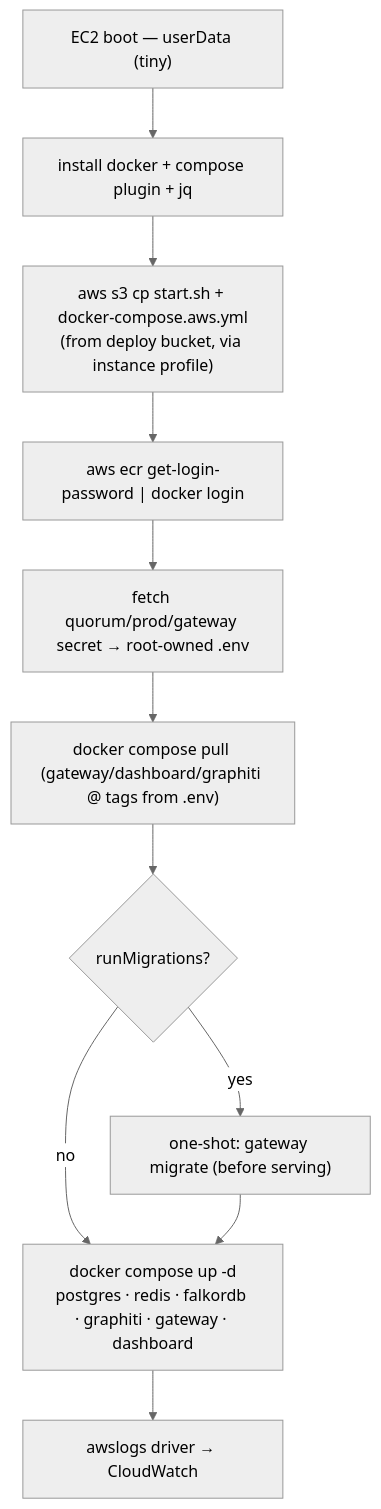
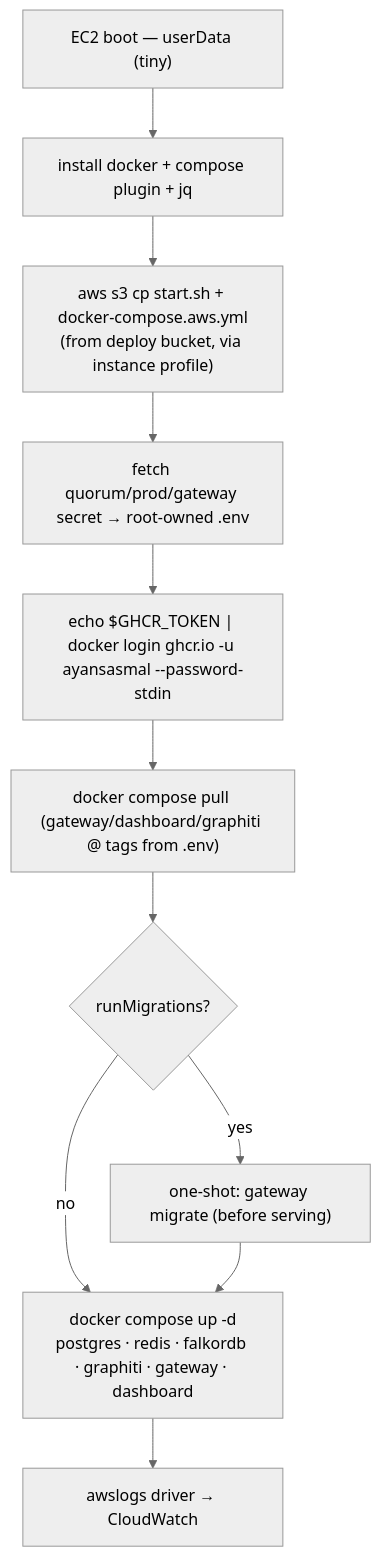
One commit to ayansasmal/quorum changed the second of 3 diagrams in docs/superpowers/specs/2026-06-11-quorum-aws-crossplane-deployment-design.md. Above: the diagram before and after it, drawn with Mermaid (neutral theme). The commit also changed other lines of this file, not shown here.

First line of the commit message:
docs(crossplane): use ghcr for image delivery instead of ecr

````diff
--- a/docs/superpowers/specs/2026-06-11-quorum-aws-crossplane-deployment-design.md
+++ b/docs/superpowers/specs/2026-06-11-quorum-aws-crossplane-deployment-design.md
@@ -250,13 +262,13 @@
 ```mermaid
 flowchart TD
     A["EC2 boot — userData (tiny)"] --> B["install docker + compose plugin + jq"]
     B --> C["aws s3 cp start.sh + docker-compose.aws.yml<br/>(from deploy bucket, via instance profile)"]
-    C --> D["aws ecr get-login-password | docker login"]
-    D --> E["fetch quorum/prod/gateway secret → root-owned .env"]
-    E --> F["docker compose pull (gateway/dashboard/graphiti @ tags from .env)"]
+    C --> E["fetch quorum/prod/gateway secret → root-owned .env"]
+    E --> D["echo $GHCR_TOKEN | docker login ghcr.io -u ayansasmal --password-stdin"]
+    D --> F["docker compose pull (gateway/dashboard/graphiti @ tags from .env)"]
     F --> G{"runMigrations?"}
     G -->|yes| H["one-shot: gateway migrate (before serving)"]
     G -->|no| I
     H --> I["docker compose up -d<br/>postgres · redis · falkordb · graphiti · gateway · dashboard"]
     I --> J["awslogs driver → CloudWatch"]
 ```
````
